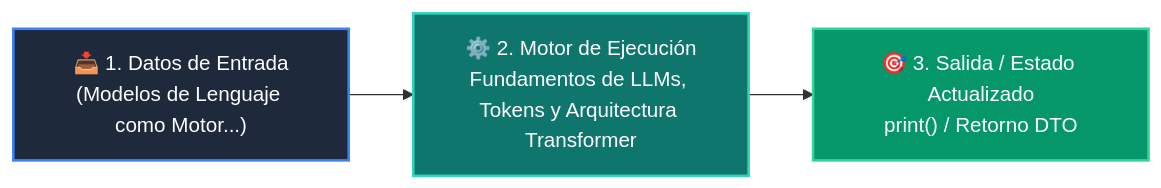
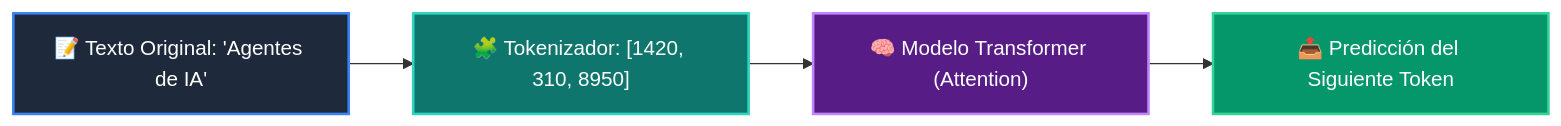
Before and after one commit to wisrovi/wisrovi-python: the diagram in docs/curso-03/clase-01.md, drawn with Mermaid. The commit also changed other lines of this file and 52 other files, not shown here.

````diff
--- a/docs/curso-03/clase-01.md
+++ b/docs/curso-03/clase-01.md
@@ -38,9 +37,10 @@
 ```mermaid
 flowchart LR
-    IN["📥 1. Datos de Entrada<br/>(Modelos de Lenguaje como Motor...)"] --> ENG["⚙️ 2. Motor de Ejecución<br/>Fundamentos de LLMs, Tokens y Arquitectura Transformer"]
-    ENG --> OUT["🎯 3. Salida / Estado Actualizado<br/>print() / Retorno DTO"]
-
-    style IN fill:#1e293b,color:#ffffff,stroke:#3b82f6,stroke-width:2px
-    style ENG fill:#0f766e,color:#ffffff,stroke:#2dd4bf,stroke-width:2px
-    style OUT fill:#059669,color:#ffffff,stroke:#34d399,stroke-width:2px
+    A["📝 Texto Original: 'Agentes de IA'"] --> B["🧩 Tokenizador: [1420, 310, 8950]"]
+    B --> C["🧠 Modelo Transformer (Attention)"]
+    C --> D["📤 Predicción del Siguiente Token"]
+    style A fill:#1e293b,color:#ffffff,stroke:#3b82f6,stroke-width:2px
+    style B fill:#0f766e,color:#ffffff,stroke:#2dd4bf,stroke-width:2px
+    style C fill:#581c87,color:#ffffff,stroke:#c084fc,stroke-width:2px
+    style D fill:#059669,color:#ffffff,stroke:#34d399,stroke-width:2px
 ```
````
